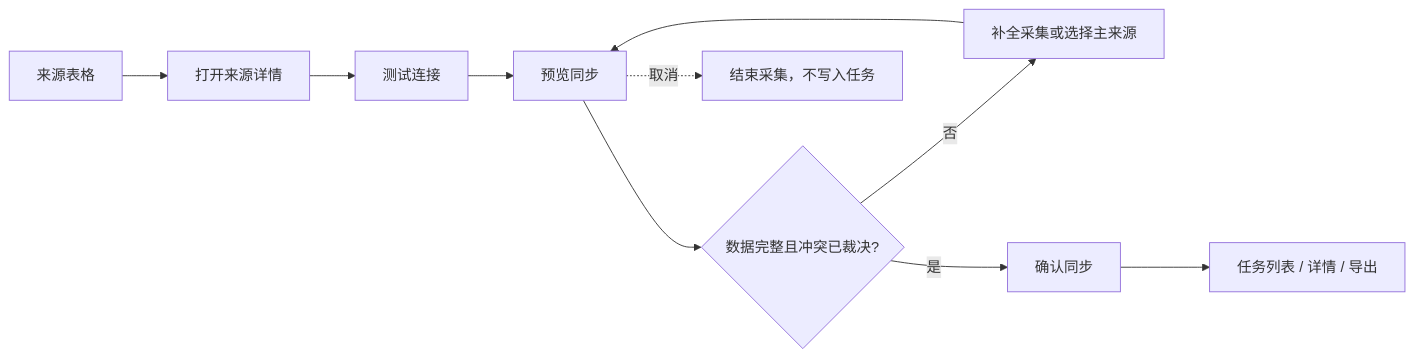
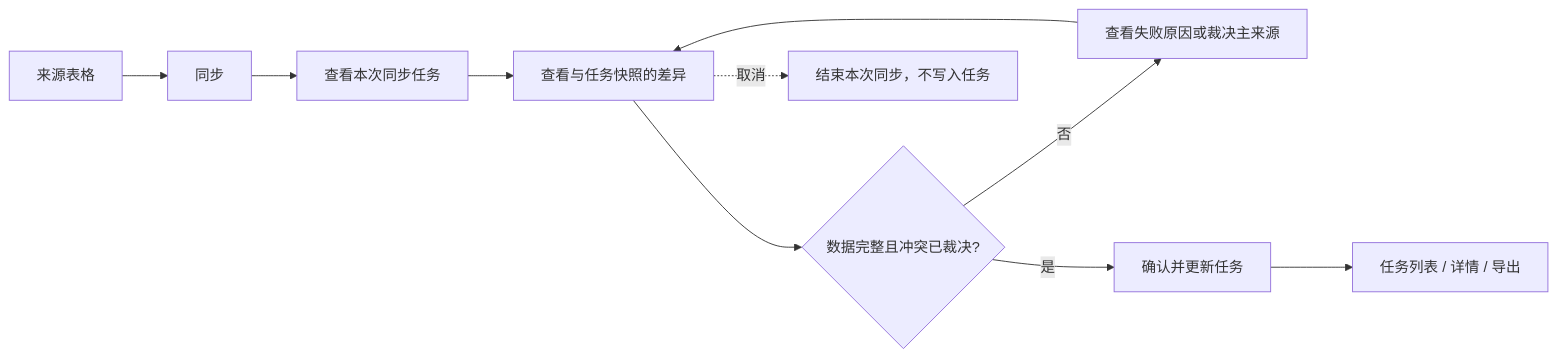
The third of 5 diagrams in .codex/知识中心建设平台/03-详细设计/知识中心-任务管理-Pingcode来源同步-详细设计文档.md (heyyang0210/kb-builder), drawn with Mermaid before and after one commit. The commit also changed other lines of this file and 18 other files, not shown here.

````diff
--- a/.codex/知识中心建设平台/03-详细设计/知识中心-任务管理-Pingcode来源同步-详细设计文档.md
+++ b/.codex/知识中心建设平台/03-详细设计/知识中心-任务管理-Pingcode来源同步-详细设计文档.md
@@ -112,12 +114,12 @@
 ```mermaid
 flowchart LR
-    A[来源表格] --> B[打开来源详情]
-    B --> C[测试连接]
-    C --> D[预览同步]
+    A[来源表格] --> B[同步]
+    B --> C[查看本次同步任务]
+    C --> D[查看与任务快照的差异]
     D --> E{数据完整且冲突已裁决?}
-    E -- 否 --> F[补全采集或选择主来源]
+    E -- 否 --> F[查看失败原因或裁决主来源]
     F --> D
-    E -- 是 --> G[确认同步]
+    E -- 是 --> G[确认并更新任务]
     G --> H[任务列表 / 详情 / 导出]
-    D -.取消.-> I[结束采集，不写入任务]
+    D -.取消.-> I[结束本次同步，不写入任务]
 ```
````
